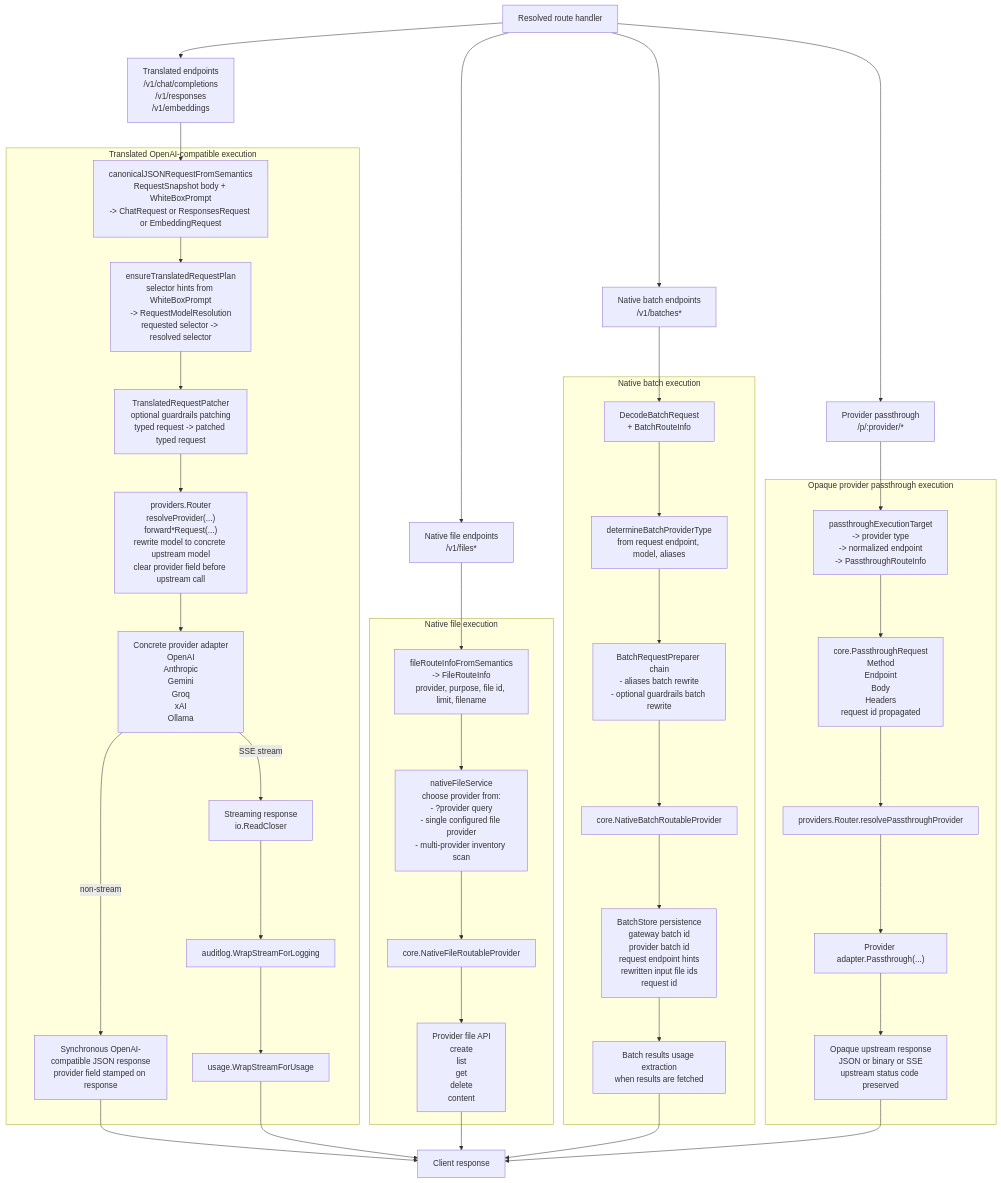
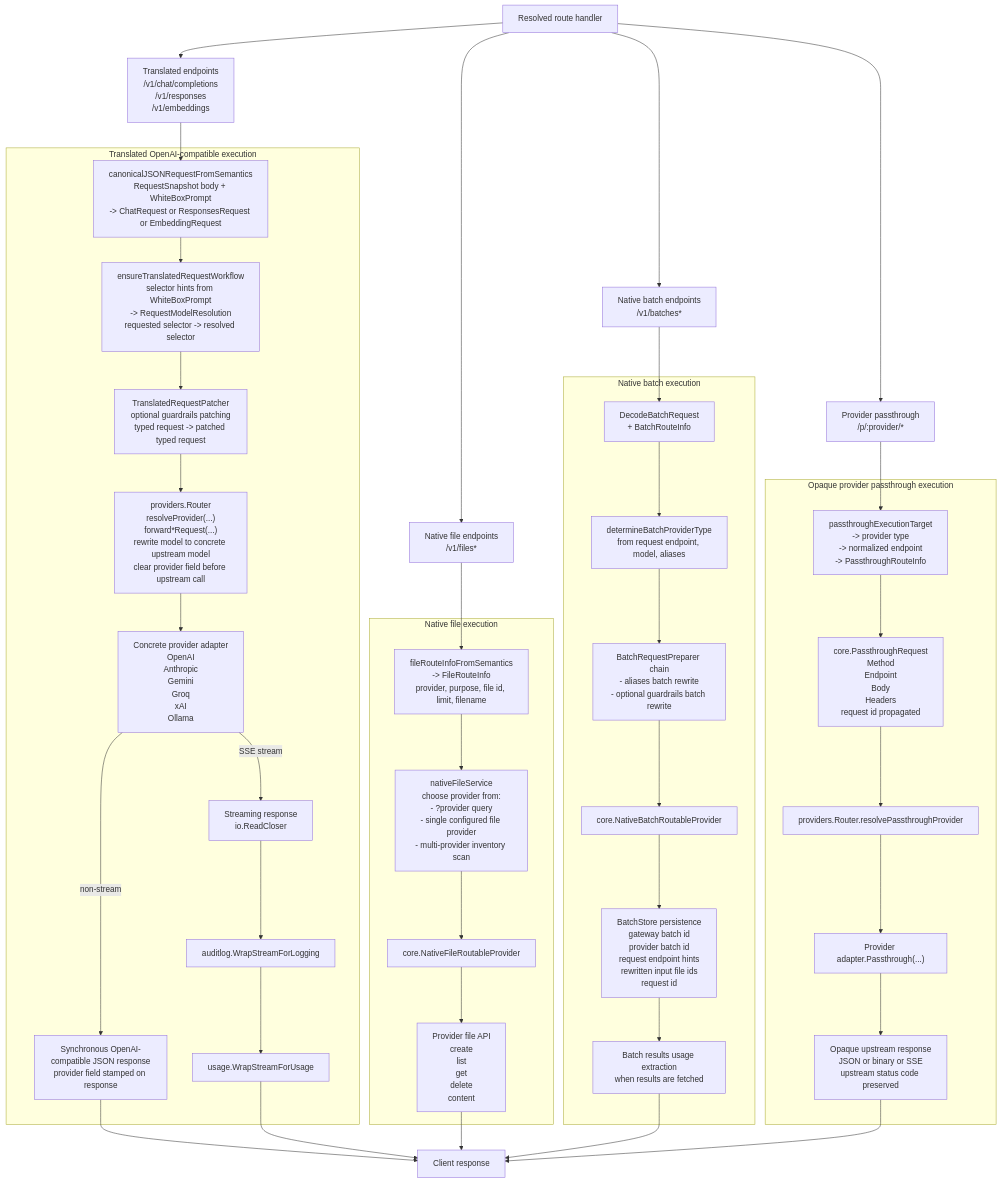
One commit to ENTERPILOT/GOModel changed the third of 3 diagrams in 2026-03-16_ARCHITECTURE_SNAPSHOT.md. Above: the diagram before and after it, drawn with Mermaid. The commit also changed other lines of this file and 122 other files, not shown here.

```diff
--- a/2026-03-16_ARCHITECTURE_SNAPSHOT.md
+++ b/2026-03-16_ARCHITECTURE_SNAPSHOT.md
@@ -300,7 +300,7 @@
 RequestSnapshot body + WhiteBoxPrompt
 -> ChatRequest or ResponsesRequest or EmbeddingRequest"]
 
-        T2["ensureTranslatedRequestPlan
+        T2["ensureTranslatedRequestWorkflow
 selector hints from WhiteBoxPrompt
 -> RequestModelResolution
 requested selector -> resolved selector"]
```
